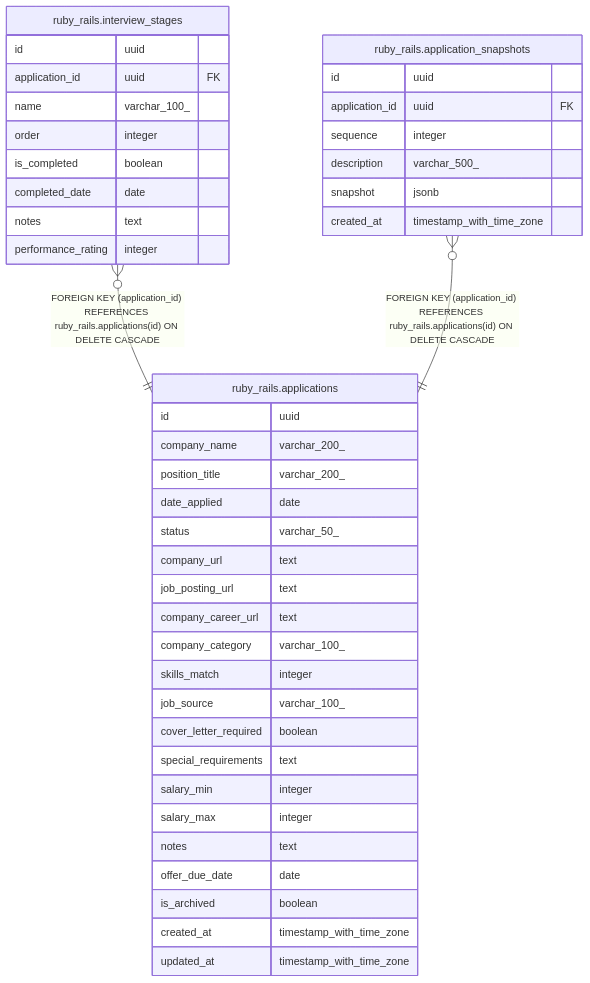
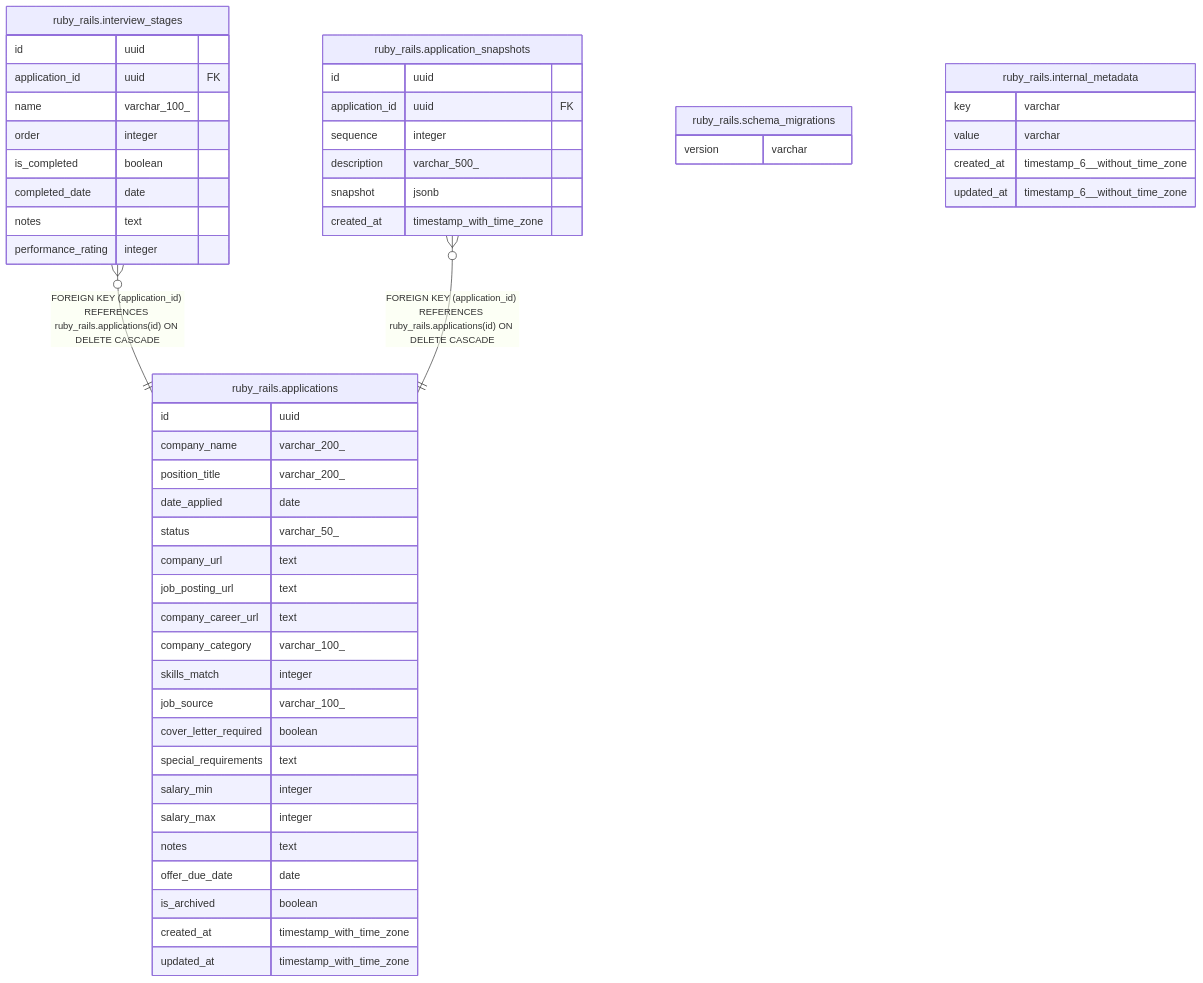
Before and after one commit to WhatIfWeDigDeeper/application-tracker: the diagram in docs/schema/ruby-rails/README.md, drawn with Mermaid. The commit also changed other lines of this file and 23 other files, not shown here.

First line of the commit message:
fix(docs): strip foreign-schema bleed from per-stack schema docs

````diff
--- a/docs/schema/ruby-rails/README.md
+++ b/docs/schema/ruby-rails/README.md
@@ -42,47 +15,56 @@
 ```mermaid
 erDiagram
 
 "ruby_rails.interview_stages" }o--|| "ruby_rails.applications" : "FOREIGN KEY (application_id) REFERENCES ruby_rails.applications(id) ON DELETE CASCADE"
 "ruby_rails.application_snapshots" }o--|| "ruby_rails.applications" : "FOREIGN KEY (application_id) REFERENCES ruby_rails.applications(id) ON DELETE CASCADE"
 
+"ruby_rails.schema_migrations" {
+  version varchar
+}
+"ruby_rails.internal_metadata" {
+  key varchar
+  value varchar
+  created_at timestamp_6__without_time_zone
+  updated_at timestamp_6__without_time_zone
+}
 "ruby_rails.applications" {
   id uuid
   company_name varchar_200_
   position_title varchar_200_
   date_applied date
   status varchar_50_
   company_url text
   job_posting_url text
   company_career_url text
   company_category varchar_100_
   skills_match integer
   job_source varchar_100_
   cover_letter_required boolean
   special_requirements text
   salary_min integer
   salary_max integer
   notes text
   offer_due_date date
   is_archived boolean
   created_at timestamp_with_time_zone
   updated_at timestamp_with_time_zone
 }
 "ruby_rails.interview_stages" {
   id uuid
   application_id uuid FK
   name varchar_100_
   order integer
   is_completed boolean
   completed_date date
   notes text
   performance_rating integer
 }
 "ruby_rails.application_snapshots" {
   id uuid
   application_id uuid FK
   sequence integer
   description varchar_500_
   snapshot jsonb
   created_at timestamp_with_time_zone
 }
 ```
````
